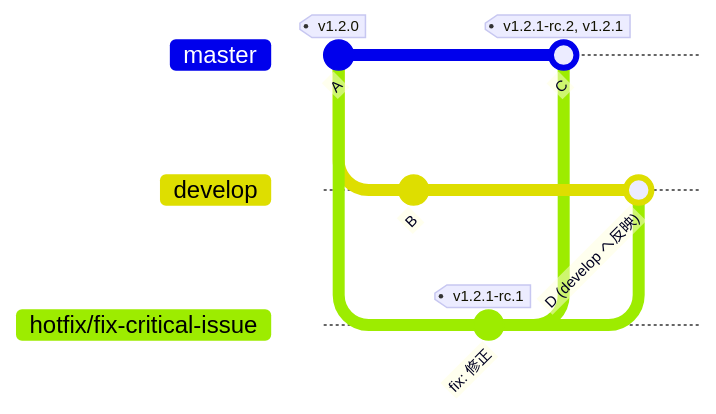
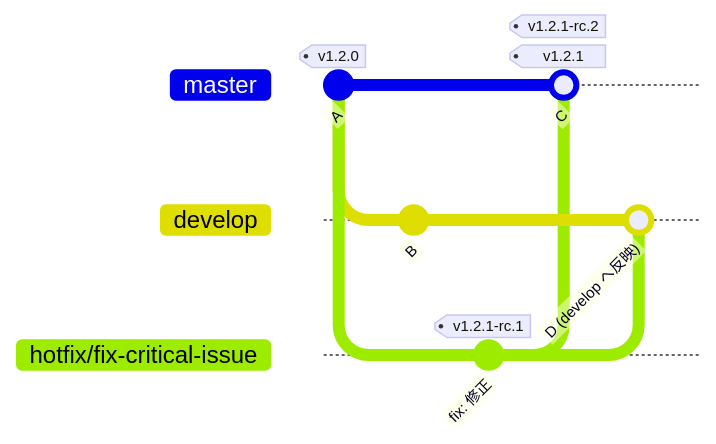
The fifth of 10 diagrams in docs/branching-and-deployment-runbook.md (raysihto-d250311a/ops-guides-ja), drawn with Mermaid before and after one commit. The commit also changed other lines of this file, not shown here.

First line of the commit message:
fix: correct mermaid tag syntax for multiple tags (#13)

````diff
--- a/docs/branching-and-deployment-runbook.md
+++ b/docs/branching-and-deployment-runbook.md
@@ -416,16 +416,16 @@
 ```mermaid
 %%{init: {'gitGraph': {'mainBranchName': 'master'}} }%%
 gitGraph
     commit id: "A" tag: "v1.2.0"
     branch develop
     checkout develop
     commit id: "B"
     checkout master
     branch hotfix/fix-critical-issue
     checkout hotfix/fix-critical-issue
     commit id: "fix: 修正" tag: "v1.2.1-rc.1"
     checkout master
-    merge hotfix/fix-critical-issue id: "C" tag: "v1.2.1-rc.2, v1.2.1"
+    merge hotfix/fix-critical-issue id: "C" tag: "v1.2.1-rc.2" tag: "v1.2.1"
     checkout develop
     merge hotfix/fix-critical-issue id: "D (develop へ反映)"
 ```
````
